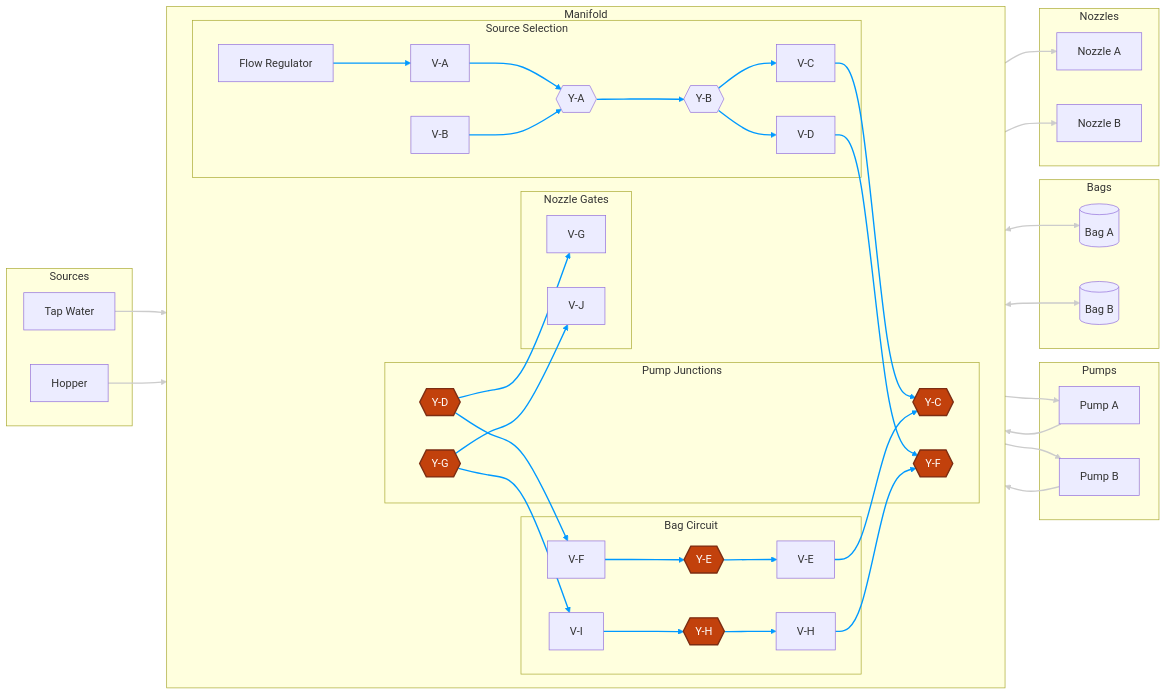
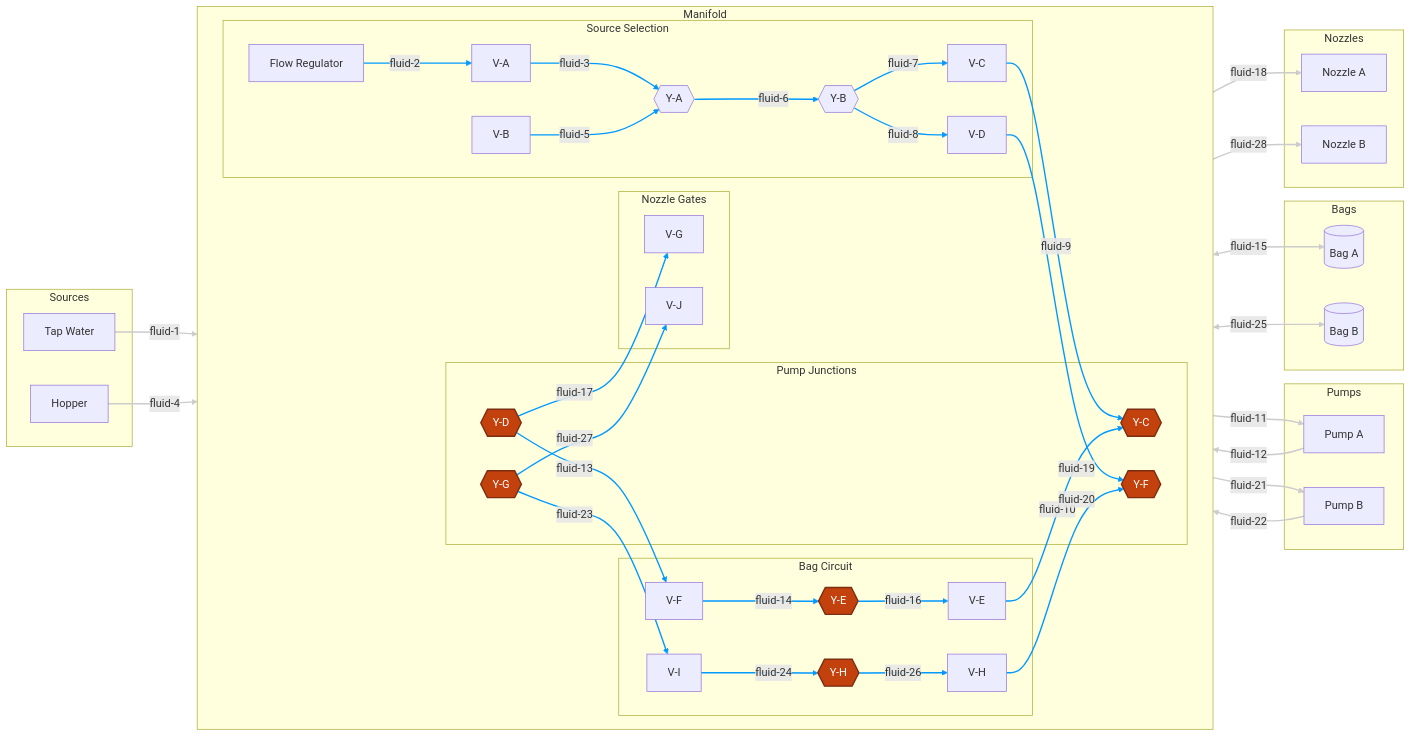
One commit to derekbreden/homesodamachine changed the diagram in hardware/topology/fluid-topology-manifold.mmd. Above: the diagram before and after it, drawn with Mermaid. The commit also changed 2 other files, not shown here.

Commit message:
topology: the manifold chart names every route — fluid-1 … fluid-28 on the edges
The manifold diagram carried the whole graph but named none of it: 28 anonymous
edges, no way to read a line on the chart and find it in the segment table or in
the box. Each edge is now labelled with its route ID.

A route is one numbered row of fluid-topology.md's Tube Segments tables — the
same IDs scorecard.py parses as the connection inventory the enclosure must
carry, and that enclosure-assembly/_lines.py authors port to port. So the chart,
the table, and the CAD now name the same 28 things, and the junction column's
fluid-9/10/19/20 are findable on all three.

The mapping is 1:1 and total: every edge carries exactly one ID, every ID
appears exactly once, and each edge's endpoints match its table row (V-A-O →
Y-A-1 is the V-A → Y-A edge, and so on). Bidirectional bag legs (fluid-15/25)
match either orientation. Link indices are unchanged, so the blue
manifold-internal / white tube-run bands still land on 0-17 and 18-27.

fluid-topology-trays.mmd stays the condensed view — valves by tray, endpoints
omitted, edges unlabelled — and the two charts now point at each other.

```diff
--- a/hardware/topology/fluid-topology-manifold.mmd
+++ b/hardware/topology/fluid-topology-manifold.mmd
@@ -1,120 +1,131 @@
 flowchart LR
+
+  %% The complete fluid topology: every valve, junction, and endpoint, with each
+  %% edge labelled by its route ID. A route is one numbered tube segment from the
+  %% Tube Segments tables in fluid-topology.md — the same fluid-1 … fluid-28 that
+  %% scorecard.py reads as the connection inventory the enclosure must carry and
+  %% that enclosure-assembly/_lines.py authors port to port. All 28 appear here
+  %% exactly once. Hexagons are Y-dividers; orange nodes are Tees (in-line run +
+  %% branch). The per-tray cut in fluid-topology-trays.mmd is the condensed view:
+  %% valves only, endpoints omitted.
 
   %% =========================
   %% Remote components
   %% =========================
   subgraph Sources["Sources"]
     Tap["Tap Water"]
     Hopper["Hopper"]
   end
 
   subgraph Pumps["Pumps"]
     PA["Pump A"]
     PB["Pump B"]
   end
 
   subgraph Bags["Bags"]
     BagA[("Bag A")]
     BagB[("Bag B")]
   end
 
   subgraph Nozzles["Nozzles"]
     NozzleA["Nozzle A"]
     NozzleB["Nozzle B"]
   end
 
   %% =========================
   %% Manifold
   %% =========================
   subgraph Manifold["Manifold"]
     direction LR
 
     subgraph SourceSelection["Source Selection"]
       Reg["Flow Regulator"]
       VA["V-A"]
       VB["V-B"]
       YA{{"Y-A"}}
       YB{{"Y-B"}}
       VC["V-C"]
       VD["V-D"]
     end
 
     subgraph MfPumps["Pump Junctions"]
       YC{{"Y-C"}}
       YD{{"Y-D"}}
       YF{{"Y-F"}}
       YG{{"Y-G"}}
     end
 
     subgraph MfNozzles["Nozzle Gates"]
       VG["V-G"]
       VJ["V-J"]
     end
 
     subgraph MfBags["Bag Circuit"]
       VE["V-E"]
       YE{{"Y-E"}}
       VF["V-F"]
       VH["V-H"]
       YH{{"Y-H"}}
       VI["V-I"]
     end
 
     %% Source Selection connections
-    Reg --> VA
-    VA --> YA
-    VB --> YA
-    YA --> YB
-    YB --> VC
-    YB --> VD
+    Reg -->|"fluid-2"| VA
+    VA -->|"fluid-3"| YA
+    VB -->|"fluid-5"| YA
+    YA -->|"fluid-6"| YB
+    YB -->|"fluid-7"| VC
+    YB -->|"fluid-8"| VD
 
     %% Pump Junctions connections
-    VC --> YC
-    VD --> YF
-    YD --> VG
-    YD --> VF
-    YG --> VJ
-    YG --> VI
+    VC -->|"fluid-9"| YC
+    VD -->|"fluid-19"| YF
+    YD -->|"fluid-17"| VG
+    YD -->|"fluid-13"| VF
+    YG -->|"fluid-27"| VJ
+    YG -->|"fluid-23"| VI
 
     %% Bag Circuit connections
-    VE --> YC
-    VF --> YE
-    YE --> VE
-    VH --> YF
-    VI --> YH
-    YH --> VH
+    VE -->|"fluid-10"| YC
+    VF -->|"fluid-14"| YE
+    YE -->|"fluid-16"| VE
+    VH -->|"fluid-20"| YF
+    VI -->|"fluid-24"| YH
+    YH -->|"fluid-26"| VH
   end
 
   %% =========================
   %% Tube runs (manifold ↔ remote)
   %% =========================
-  Tap --> Reg
-  Hopper --> VB
+  Tap -->|"fluid-1"| Reg
+  Hopper -->|"fluid-4"| VB
 
-  YC --> PA --> YD
-  YF --> PB --> YG
+  YC -->|"fluid-11"| PA
+  PA -->|"fluid-12"| YD
+  YF -->|"fluid-21"| PB
+  PB -->|"fluid-22"| YG
 
-  YE <--> BagA
-  YH <--> BagB
+  YE <-->|"fluid-15"| BagA
+  YH <-->|"fluid-25"| BagB
 
-  VG --> NozzleA
-  VJ --> NozzleB
+  VG -->|"fluid-18"| NozzleA
+  VJ -->|"fluid-28"| NozzleB
 
   %% Manifold internals: blue. These edges are ZERO LENGTH — valve seats sit
   %% directly at the Y-junctions inside a single machined manifold block. There
   %% is no tubing between, e.g., V-A and Y-A; the only volume on a blue edge is
   %% the valve's own downstream poppet void (sub-mL). This is what makes the
   %% manifold a manifold rather than a network of tube runs, and why there are
   %% no meaningful stagnant side-pockets at the Y-junctions.
   %% 0-17 = Source Selection + Pump Junctions + Bag Circuit interior edges.
   linkStyle 0,1,2,3,4,5,6,7,8,9,10,11,12,13,14,15,16,17 stroke:#09f,stroke-width:2px
   %% Tube runs between the manifold and remote components: white. These are
   %% the only real lengths of tube in the diagram; everything else is
   %% manifold-internal.
   %% 18-27 = sources -> manifold inlets, manifold -> pumps/bags/nozzles.
   linkStyle 18,19,20,21,22,23,24,25,26,27 stroke:#ccc,stroke-width:2px
 
   %% Junction geometry: Y-A/Y-B are PP2308E Y-dividers (source-select); the
   %% other six are PP0208E Tees (in-line run + branch). Orange = Tee.
   classDef tee fill:#c2410c,stroke:#7c2d12,color:#ffffff,stroke-width:2px;
   class YC,YD,YE,YF,YG,YH tee;
```
